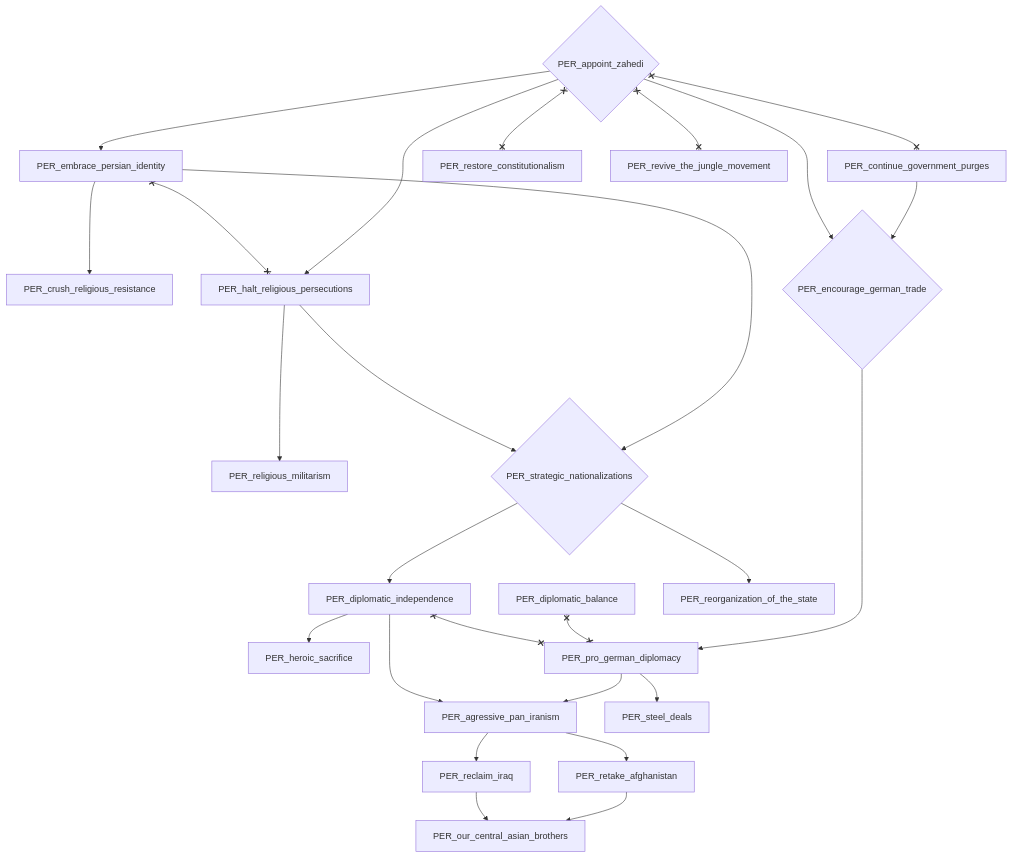
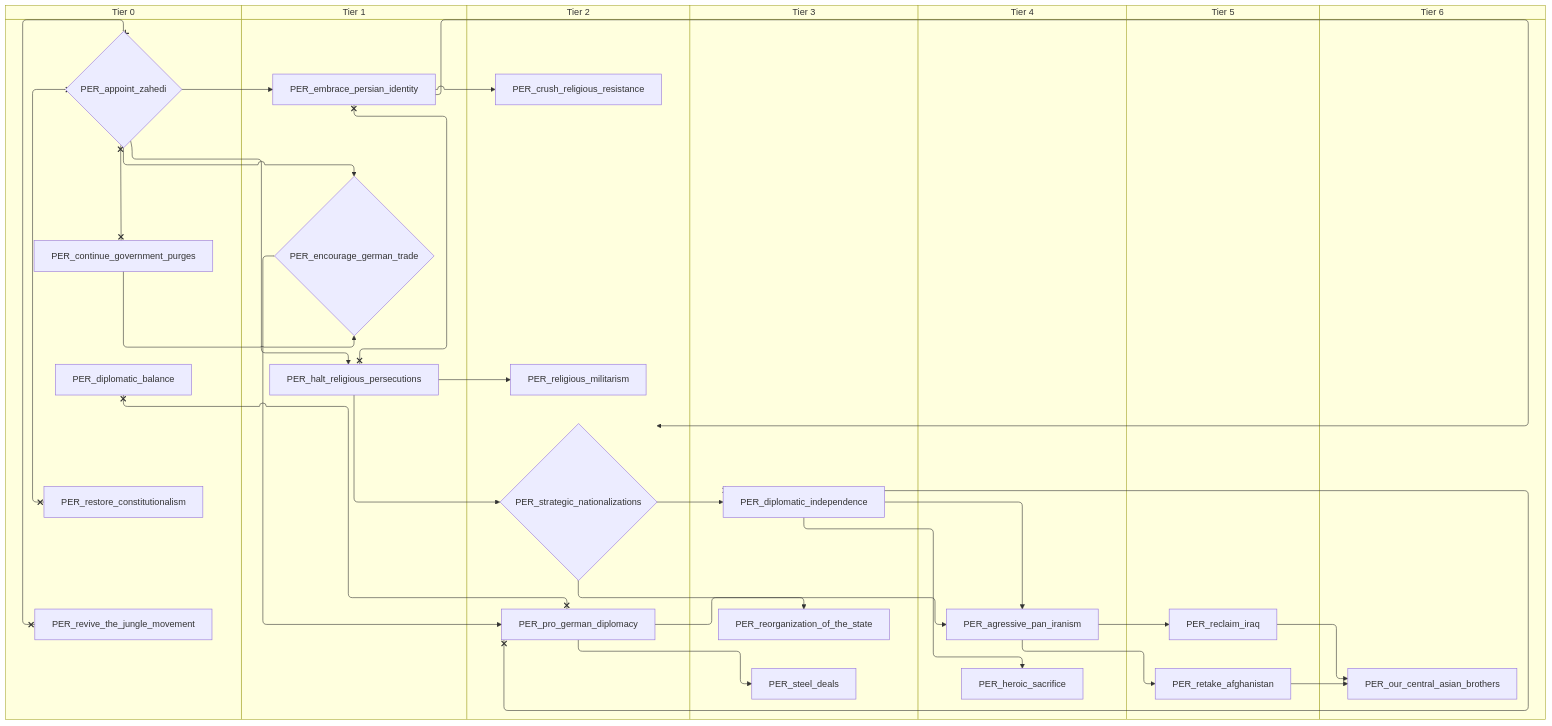
Before and after one commit to evgeny-sobol/hoi4-sandbox-mode-r56: the second of 9 diagrams in docs/gdd/National Focuses/r56/r56_persia.md, drawn with Mermaid. The commit also changed other lines of this file and 423 other files, not shown here.

First line of the commit message:
Re-export Rt56 focus trees as swimlane diagrams

````diff
--- a/docs/gdd/National Focuses/r56/r56_persia.md
+++ b/docs/gdd/National Focuses/r56/r56_persia.md
@@ -109,48 +119,62 @@
 ```mermaid
-flowchart TD
-    n35["PER_agressive_pan_iranism"]
-    n36{"PER_appoint_zahedi"}
-    n37["PER_continue_government_purges"]
-    n38["PER_crush_religious_resistance"]
-    n39["PER_diplomatic_balance"]
-    n40["PER_diplomatic_independence"]
-    n41["PER_embrace_persian_identity"]
-    n42{"PER_encourage_german_trade"}
-    n43["PER_halt_religious_persecutions"]
-    n44["PER_heroic_sacrifice"]
-    n45["PER_our_central_asian_brothers"]
-    n46["PER_pro_german_diplomacy"]
-    n47["PER_reclaim_iraq"]
-    n48["PER_religious_militarism"]
-    n49["PER_reorganization_of_the_state"]
-    n50["PER_restore_constitutionalism"]
-    n51["PER_retake_afghanistan"]
-    n52["PER_revive_the_jungle_movement"]
-    n53["PER_steel_deals"]
-    n54{"PER_strategic_nationalizations"}
-    n46 --> n35
-    n40 --> n35
-    n41 --> n38
-    n54 --> n40
+swimlane-beta TD
+    subgraph tier_0["Tier 0"]
+        n35{"PER_appoint_zahedi"}
+        n36["PER_continue_government_purges"]
+        n37["PER_diplomatic_balance"]
+        n38["PER_restore_constitutionalism"]
+        n39["PER_revive_the_jungle_movement"]
+    end
+    subgraph tier_1["Tier 1"]
+        n40["PER_embrace_persian_identity"]
+        n41{"PER_encourage_german_trade"}
+        n42["PER_halt_religious_persecutions"]
+    end
+    subgraph tier_2["Tier 2"]
+        n43["PER_crush_religious_resistance"]
+        n44["PER_pro_german_diplomacy"]
+        n45["PER_religious_militarism"]
+        n46{"PER_strategic_nationalizations"}
+    end
+    subgraph tier_3["Tier 3"]
+        n47["PER_diplomatic_independence"]
+        n48["PER_reorganization_of_the_state"]
+        n49["PER_steel_deals"]
+    end
+    subgraph tier_4["Tier 4"]
+        n50["PER_agressive_pan_iranism"]
+        n51["PER_heroic_sacrifice"]
+    end
+    subgraph tier_5["Tier 5"]
+        n52["PER_reclaim_iraq"]
+        n53["PER_retake_afghanistan"]
+    end
+    subgraph tier_6["Tier 6"]
+        n54["PER_our_central_asian_brothers"]
+    end
+    n44 --> n50
+    n47 --> n50
+    n40 --> n43
+    n46 --> n47
+    n35 --> n40
     n36 --> n41
-    n37 --> n42
-    n36 --> n42
-    n36 --> n43
-    n40 --> n44
-    n51 --> n45
-    n47 --> n45
+    n35 --> n41
+    n35 --> n42
+    n47 --> n51
+    n53 --> n54
+    n52 --> n54
+    n41 --> n44
+    n50 --> n52
+    n42 --> n45
+    n46 --> n48
+    n50 --> n53
+    n44 --> n49
+    n40 --> n46
     n42 --> n46
-    n35 --> n47
-    n43 --> n48
-    n54 --> n49
-    n35 --> n51
-    n46 --> n53
-    n41 --> n54
-    n43 --> n54
-    n36 x--x n37
-    n36 x--x n50
-    n36 x--x n52
-    n39 x--x n46
-    n40 x--x n46
-    n41 x--x n43
+    n35 x--x n36
+    n35 x--x n38
+    n35 x--x n39
+    n37 x--x n44
+    n47 x--x n44
+    n40 x--x n42
 ```
````
